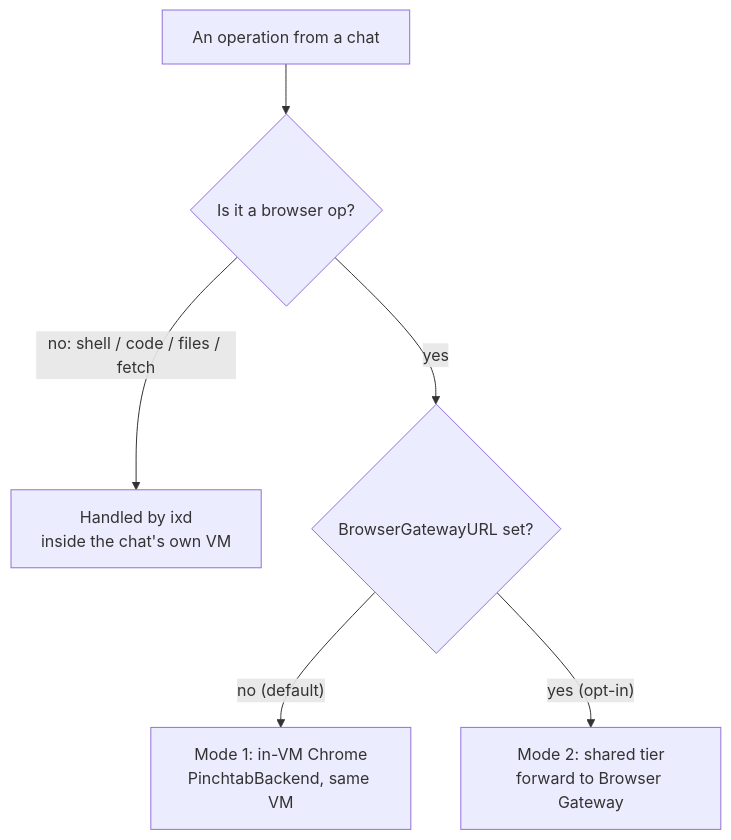
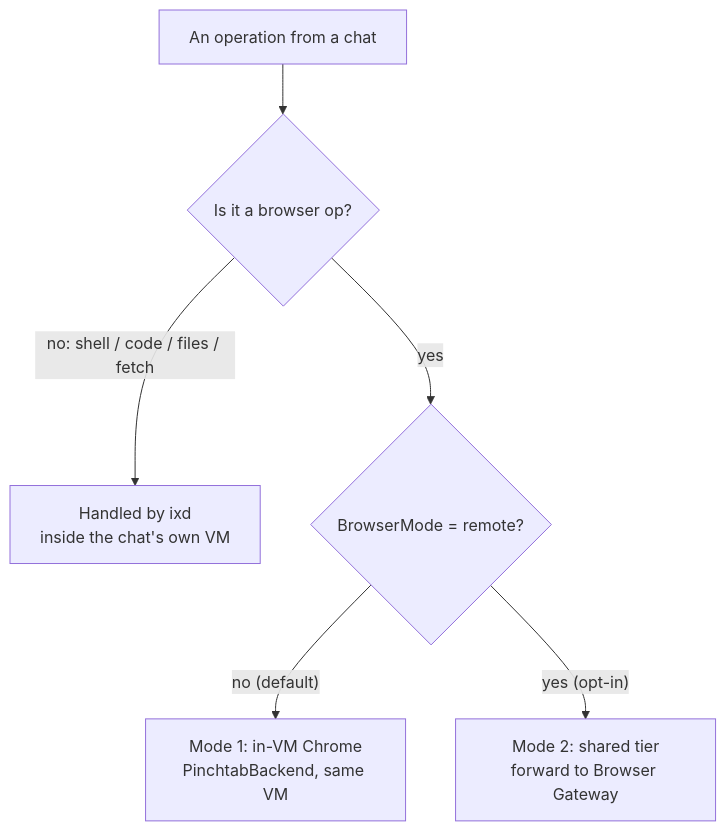
Before and after one commit to nevindra/ix: the third of 5 diagrams in README.md, drawn with Mermaid. The commit also changed other lines of this file and 12 other files, not shown here.

````diff
--- a/README.md
+++ b/README.md
@@ -106,8 +108,8 @@
 ```mermaid
 flowchart TD
     OP["An operation from a chat"] --> Q1{"Is it a browser op?"}
     Q1 -- "no: shell / code / files / fetch" --> OWN["Handled by ixd<br/>inside the chat's own VM"]
-    Q1 -- yes --> Q2{"BrowserGatewayURL set?"}
+    Q1 -- yes --> Q2{"BrowserMode = remote?"}
     Q2 -- "no (default)" --> INVM["Mode 1: in-VM Chrome<br/>PinchtabBackend, same VM"]
     Q2 -- "yes (opt-in)" --> REMOTE["Mode 2: shared tier<br/>forward to Browser Gateway"]
 ```
````
